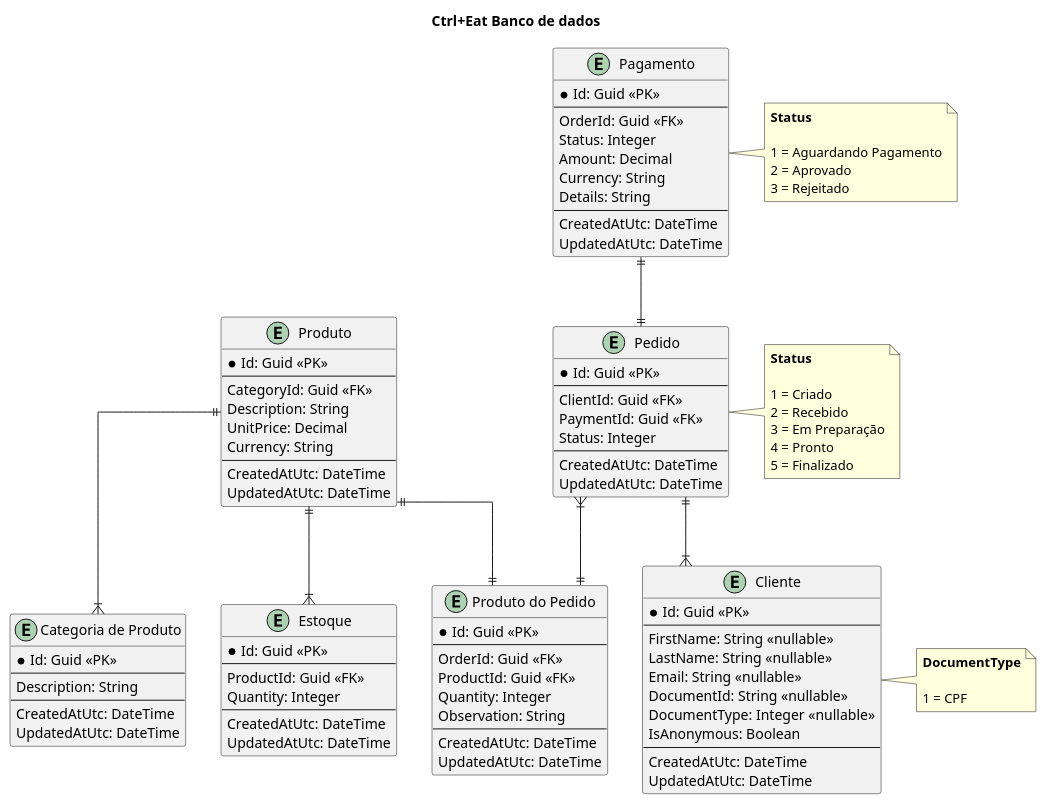
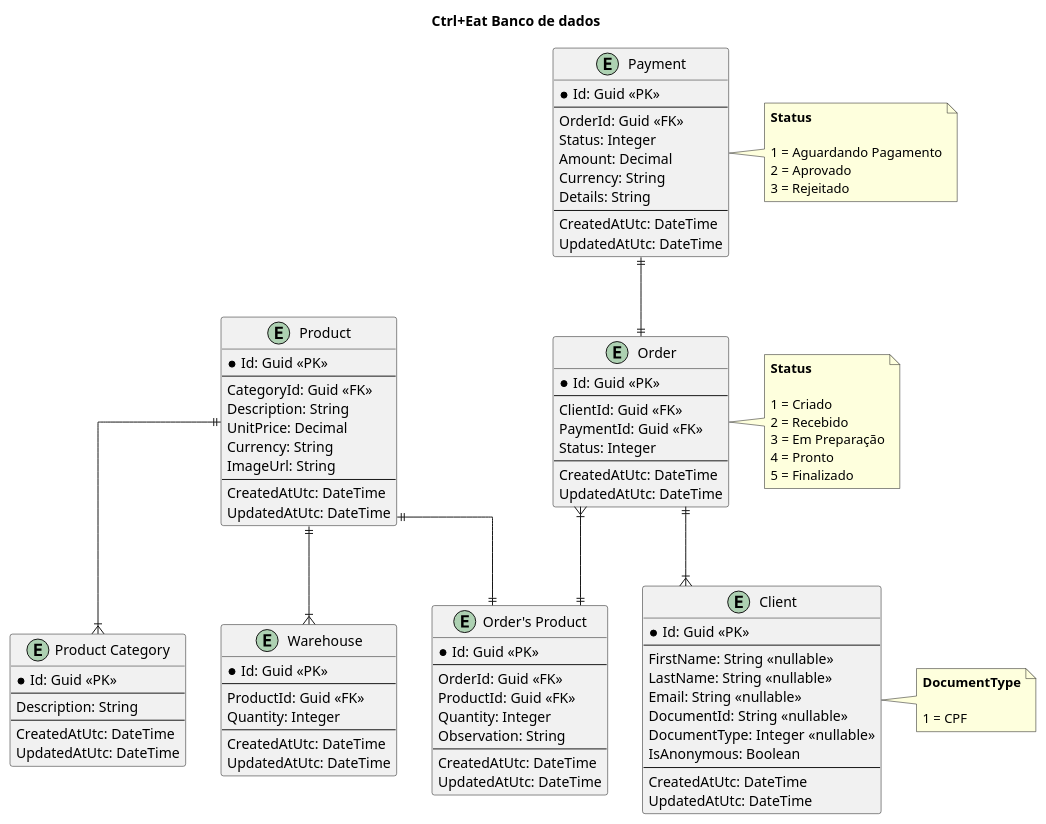
One commit to jfelipearaujo/fast-food-api changed the diagram in docs/database/database.puml. Above: the diagram before and after it, drawn with PlantUML. The commit also changed 1 other file, not shown here.

```diff
--- a/docs/database/database.puml
+++ b/docs/database/database.puml
@@ -1,138 +1,139 @@
 @startuml database
 
 title "Ctrl+Eat Banco de dados"
 
 ' avoid problems with angled crows feet
 skinparam linetype ortho
 
 
-entity "Cliente" as client {
+entity "Client" as client {
     *Id: Guid <<PK>>
     ---
     FirstName: String <<nullable>>
     LastName: String <<nullable>>
     Email: String <<nullable>>
     DocumentId: String <<nullable>>
     DocumentType: Integer <<nullable>>
     IsAnonymous: Boolean
     ---
     CreatedAtUtc: DateTime
     UpdatedAtUtc: DateTime
 }
 
-entity "Categoria de Produto" as productCategory {
+entity "Product Category" as productCategory {
     *Id: Guid <<PK>>
     ---
     Description: String
     ---
     CreatedAtUtc: DateTime
     UpdatedAtUtc: DateTime
 }
 
-entity "Produto" as product {
+entity "Product" as product {
     *Id: Guid <<PK>>
     ---
     CategoryId: Guid <<FK>>
     Description: String
     UnitPrice: Decimal
     Currency: String
+    ImageUrl: String
     ---
     CreatedAtUtc: DateTime
     UpdatedAtUtc: DateTime
 }
 
-entity "Estoque" as warehouse {
+entity "Warehouse" as warehouse {
     *Id: Guid <<PK>>
     ---
     ProductId: Guid <<FK>>
     Quantity: Integer
     ---
     CreatedAtUtc: DateTime
     UpdatedAtUtc: DateTime
 }
 
-entity "Produto do Pedido" as orderProduct {
+entity "Order's Product" as orderProduct {
     *Id: Guid <<PK>>
     ---
     OrderId: Guid <<FK>>
     ProductId: Guid <<FK>>
     Quantity: Integer
     Observation: String
     ---
     CreatedAtUtc: DateTime
     UpdatedAtUtc: DateTime
 }
 
-entity "Pagamento" as payment {
+entity "Payment" as payment {
     *Id: Guid <<PK>>
     ---
     OrderId: Guid <<FK>>
     Status: Integer
     Amount: Decimal
     Currency: String
     Details: String
     ---
     CreatedAtUtc: DateTime
     UpdatedAtUtc: DateTime
 }
 
-entity "Pedido" as order {
+entity "Order" as order {
     *Id: Guid <<PK>>
     ---
     ClientId: Guid <<FK>>
     PaymentId: Guid <<FK>>
     Status: Integer
     ---
     CreatedAtUtc: DateTime
     UpdatedAtUtc: DateTime
 }
 
 note right of client
     **DocumentType**
 
     1 = CPF
 end note
 
 note right of payment
     **Status**
 
     1 = Aguardando Pagamento
     2 = Aprovado
     3 = Rejeitado
 end note
 
 note right of order
     **Status**
 
     1 = Criado
     2 = Recebido
     3 = Em Preparação
     4 = Pronto
     5 = Finalizado
 end note
 
 ' a product has Exactly One category
 ' a category has One or More products
 product ||--|{ productCategory
 
 ' a product has Exactly One warehouse
 ' a warehouse has One or More products
 product ||--|{ warehouse
 
 ' a payment has Exactly One order
 ' a order has Exactly One payment
 payment ||--|| order
 
 ' a order has Exactly One client
 ' a client has One or More order
 order ||--|{ client
 
 ' a product has Exactly One orderProduct
 ' a orderProduct has One or More products
 product ||--|| orderProduct
 
 ' a order has One or Mode orderProduct
 ' a orderProduct has Exactly One order
 order }|--|| orderProduct
 
 @enduml
```
